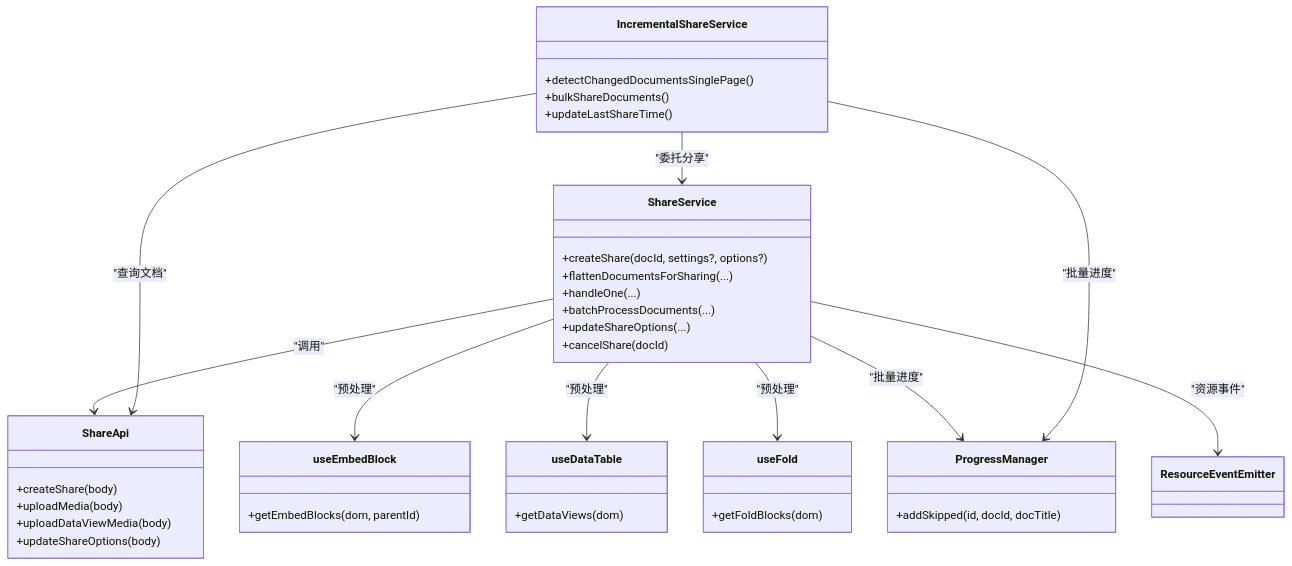
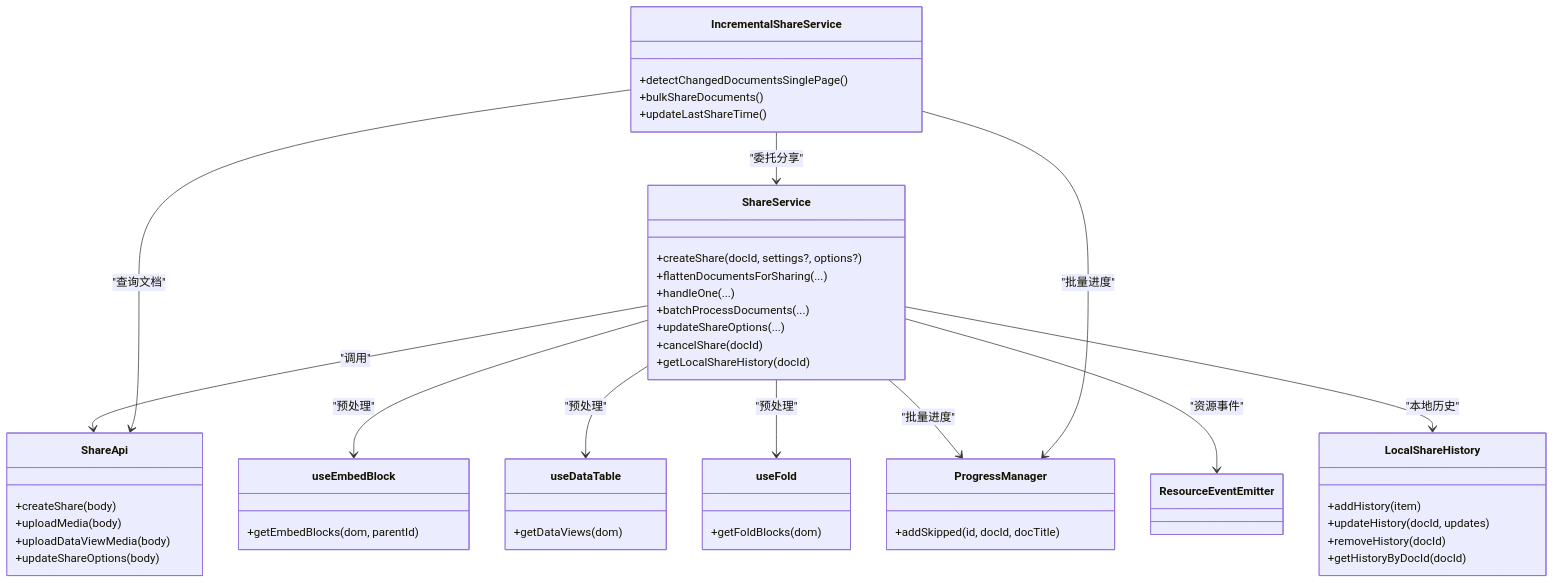
One commit to terwerinc/siyuan-plugin-share-pro changed the third of 3 diagrams in .qoder/repowiki/zh/content/架构设计/服务层架构/分享服务 (ShareService).md. Above: the diagram before and after it, drawn with Mermaid. The commit also changed other lines of this file and 8 other files, not shown here.

````diff
--- a/.qoder/repowiki/zh/content/架构设计/服务层架构/分享服务 (ShareService).md
+++ b/.qoder/repowiki/zh/content/架构设计/服务层架构/分享服务 (ShareService).md
@@ -345,44 +383,52 @@
 ```mermaid
 classDiagram
 class ShareService {
 +createShare(docId, settings?, options?)
 +flattenDocumentsForSharing(...)
 +handleOne(...)
 +batchProcessDocuments(...)
 +updateShareOptions(...)
 +cancelShare(docId)
++getLocalShareHistory(docId)
 }
 class IncrementalShareService {
 +detectChangedDocumentsSinglePage()
 +bulkShareDocuments()
 +updateLastShareTime()
+}
+class LocalShareHistory {
++addHistory(item)
++updateHistory(docId, updates)
++removeHistory(docId)
++getHistoryByDocId(docId)
 }
 class ShareApi {
 +createShare(body)
 +uploadMedia(body)
 +uploadDataViewMedia(body)
 +updateShareOptions(body)
 }
 class useEmbedBlock {
 +getEmbedBlocks(dom, parentId)
 }
 class useDataTable {
 +getDataViews(dom)
 }
 class useFold {
 +getFoldBlocks(dom)
 }
 class ProgressManager {
 +addSkipped(id, docId, docTitle)
 }
 class ResourceEventEmitter
 ShareService --> ShareApi : "调用"
 ShareService --> useEmbedBlock : "预处理"
 ShareService --> useDataTable : "预处理"
 ShareService --> useFold : "预处理"
 ShareService --> ProgressManager : "批量进度"
 ShareService --> ResourceEventEmitter : "资源事件"
+ShareService --> LocalShareHistory : "本地历史"
 IncrementalShareService --> ShareService : "委托分享"
 IncrementalShareService --> ShareApi : "查询文档"
 IncrementalShareService --> ProgressManager : "批量进度"
 ```
````
